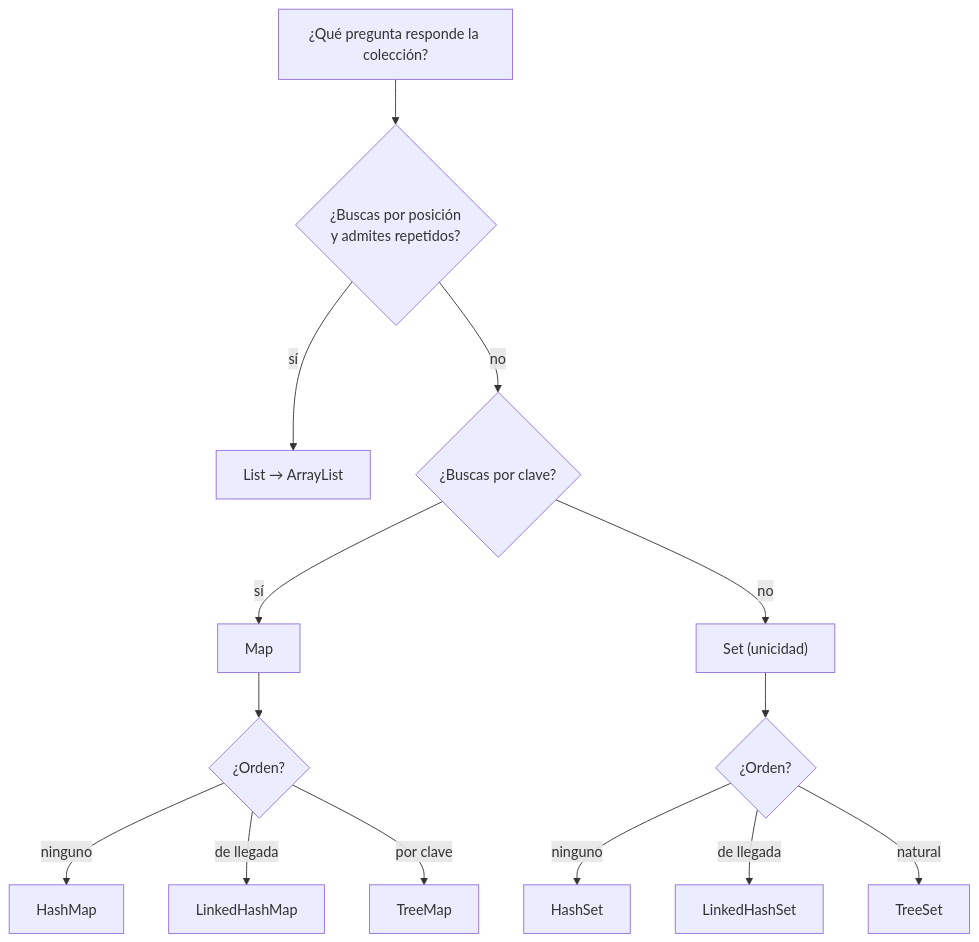
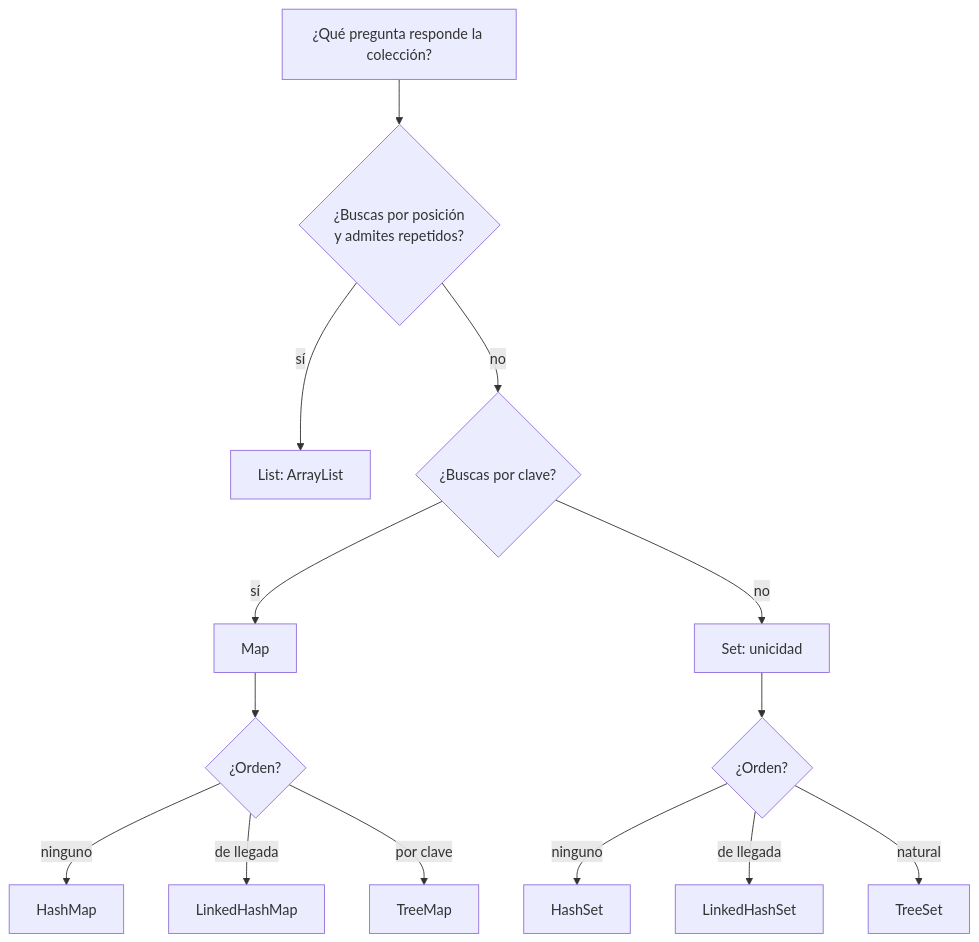
Before and after one commit to NICORUIZ93/The_Imperial_Book: the first of 6 diagrams in web/public/content/java/modulo-2.md, drawn with Mermaid. The commit also changed other lines of this file and 65 other files, not shown here.

````diff
--- a/web/public/content/java/modulo-2.md
+++ b/web/public/content/java/modulo-2.md
@@ -177,16 +200,16 @@
 ```mermaid
 flowchart TD
   P["¿Qué pregunta responde la colección?"] --> Q1{"¿Buscas por posición<br/>y admites repetidos?"}
-  Q1 -- sí --> L["List → ArrayList"]
+  Q1 -- sí --> L["List: ArrayList"]
   Q1 -- no --> Q2{"¿Buscas por clave?"}
   Q2 -- sí --> M["Map"]
-  Q2 -- no --> S["Set (unicidad)"]
+  Q2 -- no --> S["Set: unicidad"]
   M --> MO{"¿Orden?"}
   S --> SO{"¿Orden?"}
   MO -- ninguno --> HM["HashMap"]
   MO -- de llegada --> LHM["LinkedHashMap"]
   MO -- por clave --> TM["TreeMap"]
   SO -- ninguno --> HS["HashSet"]
   SO -- de llegada --> LHS["LinkedHashSet"]
   SO -- natural --> TS["TreeSet"]
 ```
````
